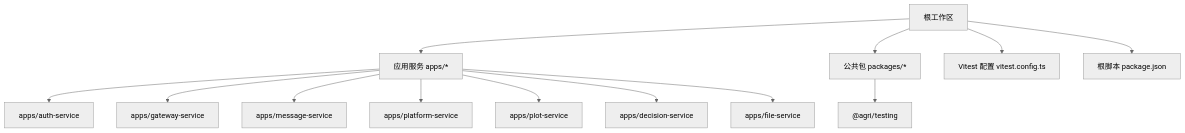
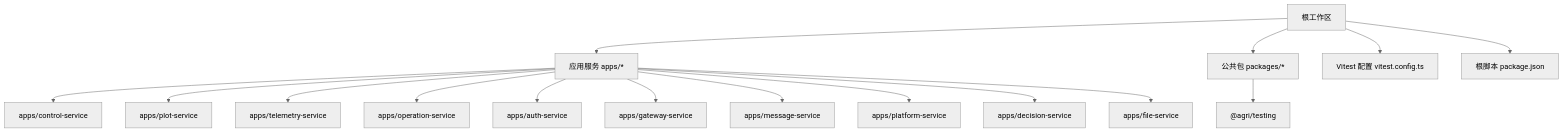
One commit to q446328246/agri-platform changed the first of 37 diagrams in .qoder/repowiki/zh/content/测试策略/测试策略.md. Above: the diagram before and after it, drawn with Mermaid (neutral theme). The commit also changed other lines of this file and 68 other files, not shown here.

````diff
--- a/.qoder/repowiki/zh/content/测试策略/测试策略.md
+++ b/.qoder/repowiki/zh/content/测试策略/测试策略.md
@@ -59,15 +69,18 @@
 ```mermaid
 graph TB
 Root["根工作区"] --> Apps["应用服务 apps/*"]
 Root --> Packages["公共包 packages/*"]
 Root --> VCfg["Vitest 配置 vitest.config.ts"]
 Root --> PkgJson["根脚本 package.json"]
 Packages --> Testing["@agri/testing"]
+Apps --> ControlService["apps/control-service"]
+Apps --> PlotService["apps/plot-service"]
+Apps --> TelemetryService["apps/telemetry-service"]
+Apps --> OperationService["apps/operation-service"]
 Apps --> AuthService["apps/auth-service"]
 Apps --> GatewayService["apps/gateway-service"]
 Apps --> MessageService["apps/message-service"]
 Apps --> PlatformService["apps/platform-service"]
-Apps --> PlotService["apps/plot-service"]
 Apps --> DecisionService["apps/decision-service"]
 Apps --> FileService["apps/file-service"]
 ```
````
